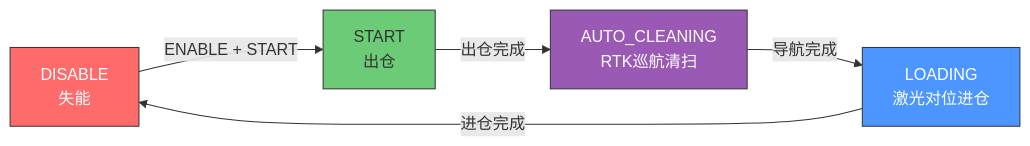
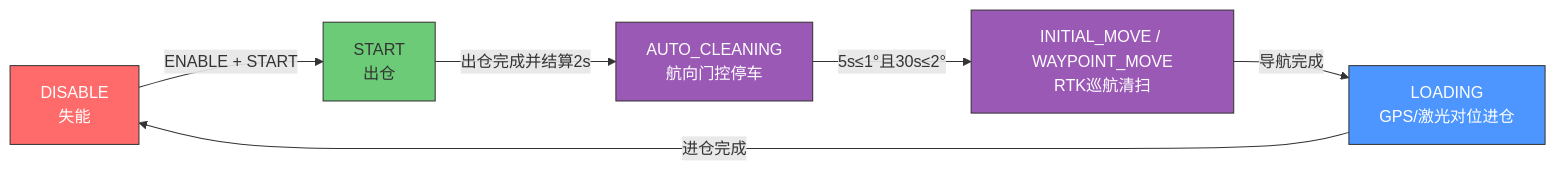
The second of 10 diagrams in README.md (J123123-oss/robot_cleaning), drawn with Mermaid before and after one commit. The commit also changed other lines of this file and 33 other files, not shown here.

````diff
--- a/README.md
+++ b/README.md
@@ -45,12 +121,14 @@
 ```mermaid
 graph LR
     DISABLE["DISABLE<br/>失能"] -->|"ENABLE + START"| START["START<br/>出仓"]
-    START -->|"出仓完成"| AUTO_CLEANING["AUTO_CLEANING<br/>RTK巡航清扫"]
-    AUTO_CLEANING -->|"导航完成"| LOADING["LOADING<br/>激光对位进仓"]
+    START -->|"出仓完成并结算2s"| AUTO_CLEANING["AUTO_CLEANING<br/>航向门控停车"]
+    AUTO_CLEANING -->|"5s≤1°且30s≤2°"| INITIAL_MOVE["INITIAL_MOVE / WAYPOINT_MOVE<br/>RTK巡航清扫"]
+    INITIAL_MOVE -->|"导航完成"| LOADING["LOADING<br/>GPS/激光对位进仓"]
     LOADING -->|"进仓完成"| DISABLE
 
     style DISABLE fill:#ff6b6b,stroke:#333,color:#fff
     style START fill:#6bcb77,stroke:#333
     style AUTO_CLEANING fill:#9b59b6,stroke:#333,color:#fff
+    style INITIAL_MOVE fill:#9b59b6,stroke:#333,color:#fff
     style LOADING fill:#4d96ff,stroke:#333,color:#fff
 ```
````
